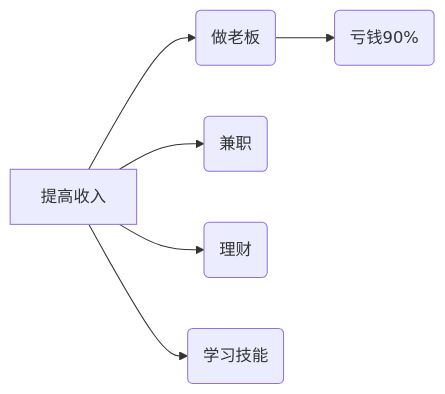
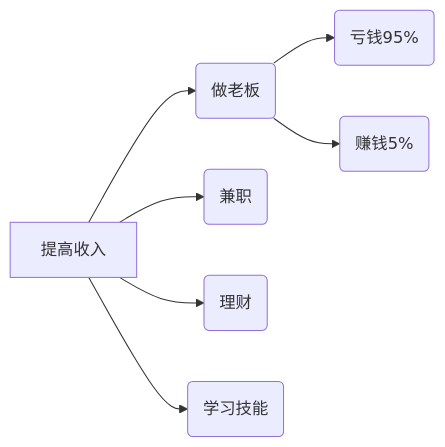
Before and after one commit to Echo-Yanglulu/obsidianPrivateNote: the diagram in 笔记/学习方法/概念/决策树.md, drawn with Mermaid.

Commit message:
backup: 2022-08-21 12:48
Affected files:
笔记/学习方法/概念/决策树.md

````diff
--- a/笔记/学习方法/概念/决策树.md
+++ b/笔记/学习方法/概念/决策树.md
@@ -3,8 +3,9 @@
 ```mermaid
 	graph LR
 	A[提高收入] --> B(做老板)
-	B --> BA(亏钱90%)
+	B --> BA(亏钱95%)
+	B --> BB(赚钱5%)
 	A --> C(兼职)
 	A --> D(理财)
 	A --> E(学习技能)
 ```
````
